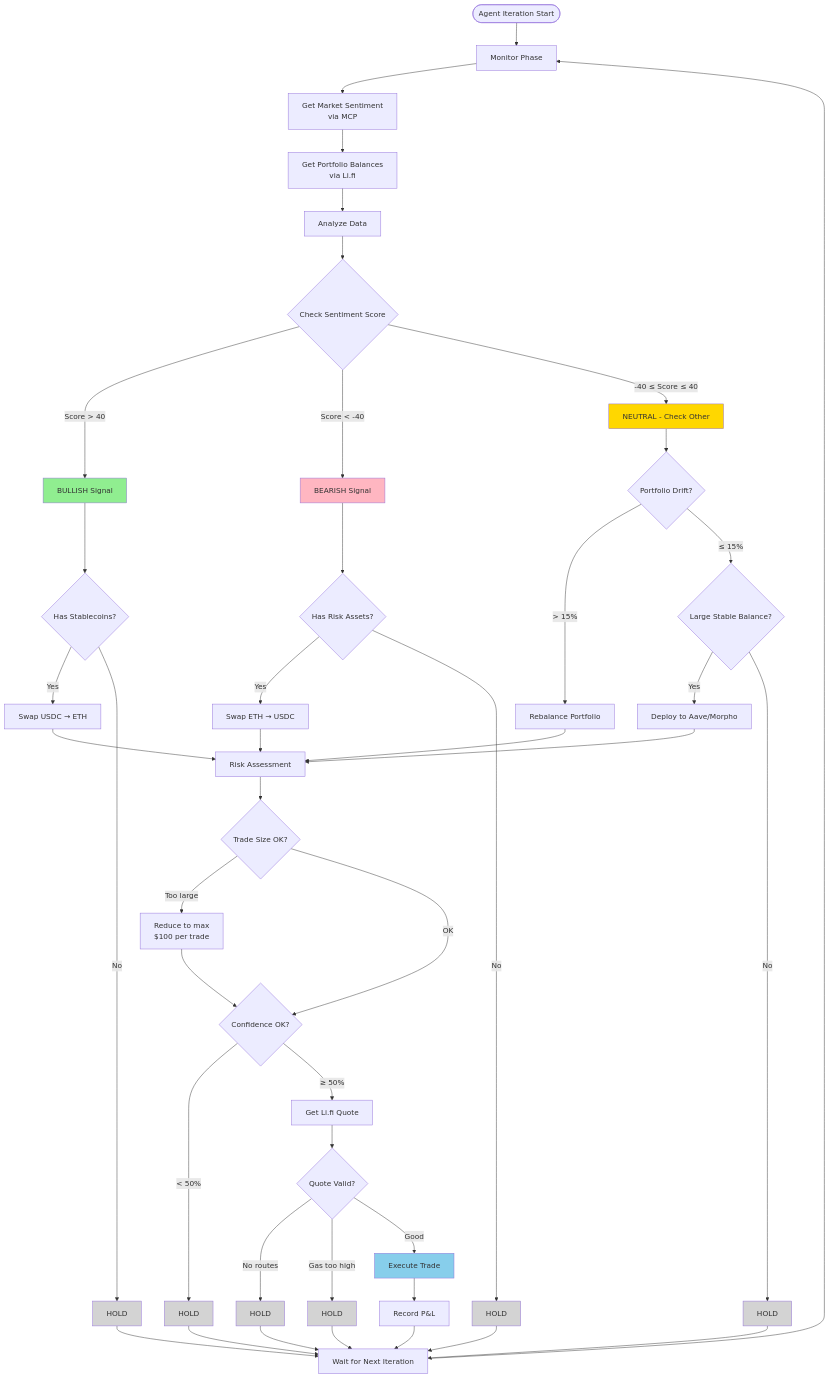
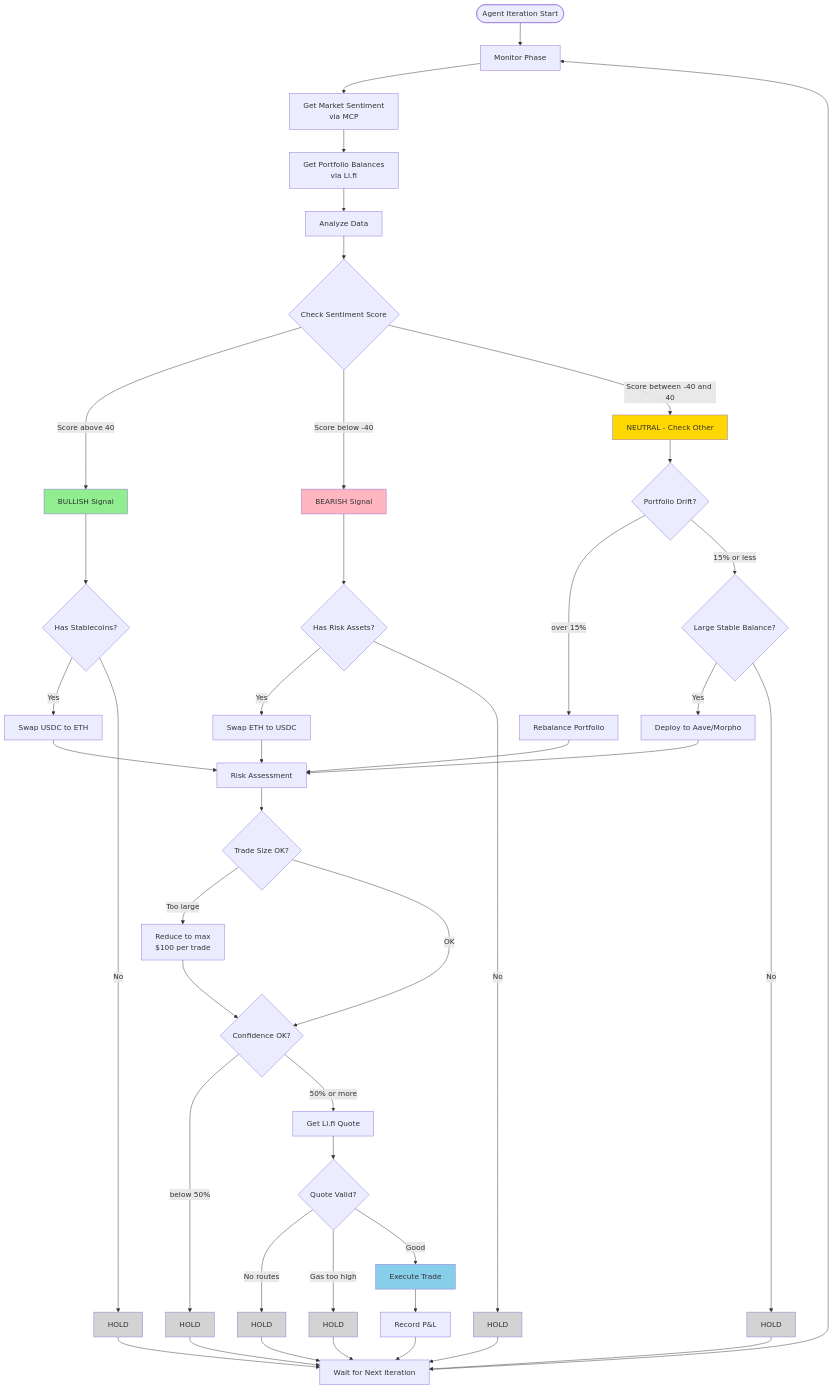
Before and after one commit to vhspace/eXpress402: the fifth of 8 diagrams in docs/HACKATHON-FLOWS.md, drawn with Mermaid. The commit also changed other lines of this file, not shown here.

First line of the commit message:
docs: fix Mermaid rendering in hackathon flows

````diff
--- a/docs/HACKATHON-FLOWS.md
+++ b/docs/HACKATHON-FLOWS.md
@@ -344,70 +344,70 @@
 ```mermaid
 flowchart TB
     Start([Agent Iteration Start]) --> Monitor[Monitor Phase]
     
     Monitor --> GetSentiment[Get Market Sentiment<br/>via MCP]
     GetSentiment --> GetPortfolio[Get Portfolio Balances<br/>via Li.fi]
     GetPortfolio --> Analyze[Analyze Data]
     
     Analyze --> CheckSentiment{Check Sentiment Score}
     
-    CheckSentiment -->|Score > 40| Bullish[BULLISH Signal]
-    CheckSentiment -->|Score < -40| Bearish[BEARISH Signal]
-    CheckSentiment -->|-40 ≤ Score ≤ 40| Neutral[NEUTRAL - Check Other]
+    CheckSentiment -->|Score above 40| Bullish[BULLISH Signal]
+    CheckSentiment -->|Score below -40| Bearish[BEARISH Signal]
+    CheckSentiment -->|Score between -40 and 40| Neutral[NEUTRAL - Check Other]
     
     Bullish --> HasStables{Has Stablecoins?}
-    HasStables -->|Yes| BullishTrade[Swap USDC → ETH]
+    HasStables -->|Yes| BullishTrade[Swap USDC to ETH]
     HasStables -->|No| Hold1[HOLD]
     
     Bearish --> HasRisk{Has Risk Assets?}
-    HasRisk -->|Yes| BearishTrade[Swap ETH → USDC]
+    HasRisk -->|Yes| BearishTrade[Swap ETH to USDC]
     HasRisk -->|No| Hold2[HOLD]
     
     Neutral --> CheckDrift{Portfolio Drift?}
-    CheckDrift -->|> 15%| Rebalance[Rebalance Portfolio]
-    CheckDrift -->|≤ 15%| CheckYield{Large Stable Balance?}
+    CheckDrift -->|over 15%| Rebalance[Rebalance Portfolio]
+    CheckDrift -->|15% or less| CheckYield{Large Stable Balance?}
     
     CheckYield -->|Yes| Yield[Deploy to Aave/Morpho]
     CheckYield -->|No| Hold3[HOLD]
     
     BullishTrade --> RiskCheck[Risk Assessment]
     BearishTrade --> RiskCheck
     Rebalance --> RiskCheck
     Yield --> RiskCheck
     
     RiskCheck --> SizeCheck{Trade Size OK?}
     SizeCheck -->|Too large| AdjustSize[Reduce to max<br/>$100 per trade]
     SizeCheck -->|OK| ConfCheck{Confidence OK?}
     
     AdjustSize --> ConfCheck
-    ConfCheck -->|< 50%| Hold4[HOLD]
-    ConfCheck -->|≥ 50%| GetQuote[Get Li.fi Quote]
+    ConfCheck -->|below 50%| Hold4[HOLD]
+    ConfCheck -->|50% or more| GetQuote[Get Li.fi Quote]
     
     GetQuote --> QuoteOK{Quote Valid?}
     QuoteOK -->|No routes| Hold5[HOLD]
     QuoteOK -->|Gas too high| Hold6[HOLD]
     QuoteOK -->|Good| Execute[Execute Trade]
     
     Execute --> Record[Record P&L]
     Record --> Wait[Wait for Next Iteration]
     
     Hold1 --> Wait
     Hold2 --> Wait
     Hold3 --> Wait
     Hold4 --> Wait
     Hold5 --> Wait
     Hold6 --> Wait
     
     Wait --> Monitor
     
     style Bullish fill:#90EE90
     style Bearish fill:#FFB6C1
     style Neutral fill:#FFD700
     style Execute fill:#87CEEB
     style Hold1 fill:#D3D3D3
     style Hold2 fill:#D3D3D3
     style Hold3 fill:#D3D3D3
     style Hold4 fill:#D3D3D3
     style Hold5 fill:#D3D3D3
     style Hold6 fill:#D3D3D3
 ```
````
